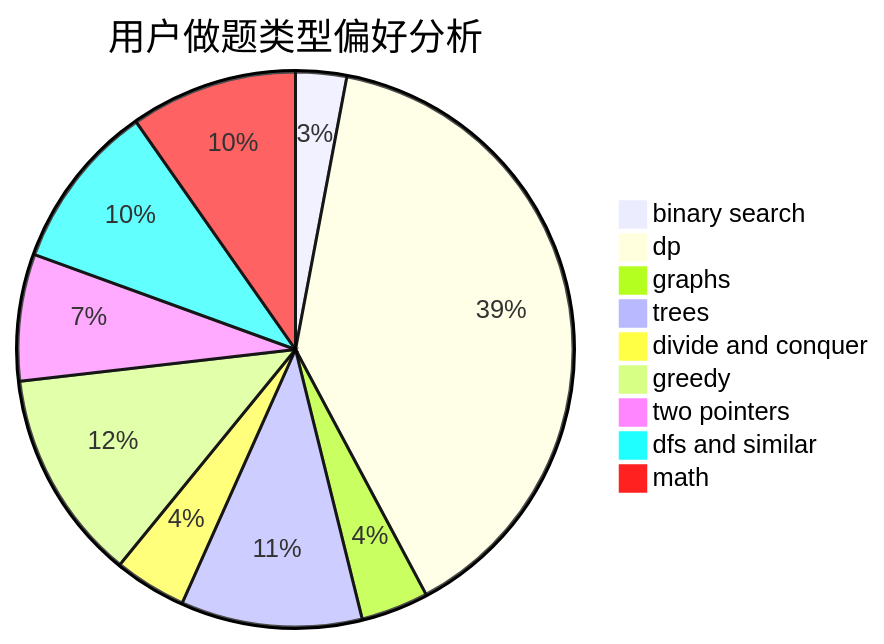
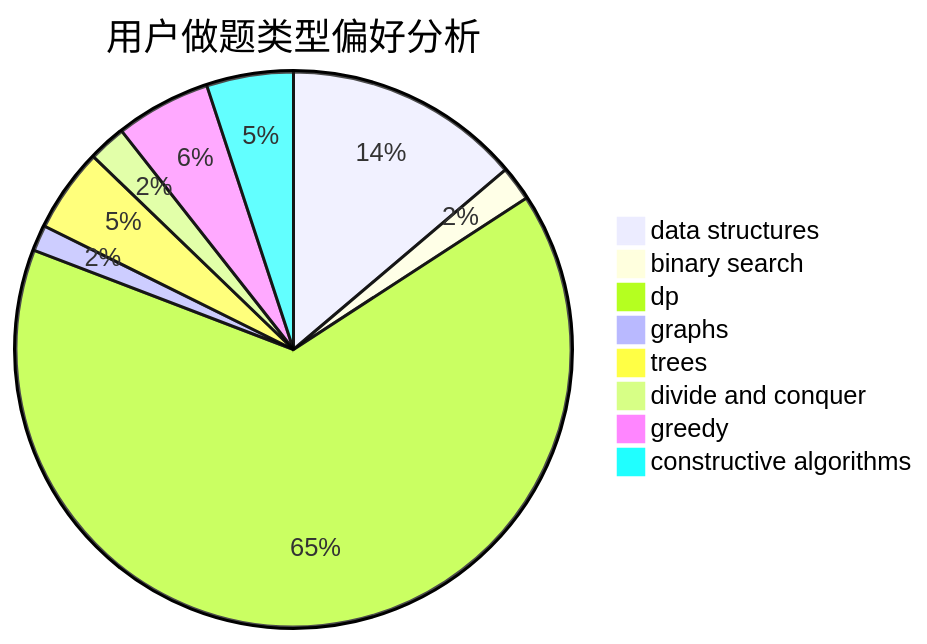
Before and after one commit to sherpahu/cfrs.github.io: the second of 3 diagrams in docs/user/u2600.md, drawn with Mermaid. The commit also changed other lines of this file and 2775 other files, not shown here.

````diff
--- a/docs/user/u2600.md
+++ b/docs/user/u2600.md
@@ -23,12 +23,11 @@
 ```mermaid
 pie title 用户做题类型偏好分析
-    "binary search" :  43
-    "dp" :  569
-    "graphs" :  57
-    "trees" :  153
-    "divide and conquer" :  61
-    "greedy" :  178
-    "two pointers" :  107
-    "dfs and similar" :  141
-    "math" :  141
+    "data structures" :  82
+    "binary search" :  12
+    "dp" :  386
+    "graphs" :  9
+    "trees" :  29
+    "divide and conquer" :  13
+    "greedy" :  33
+    "constructive algorithms" :  30
 ```
````
